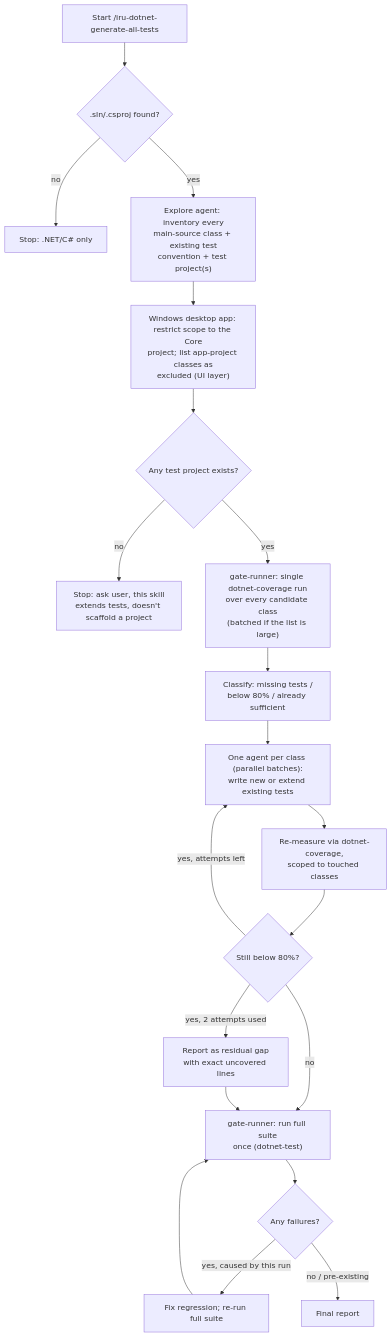
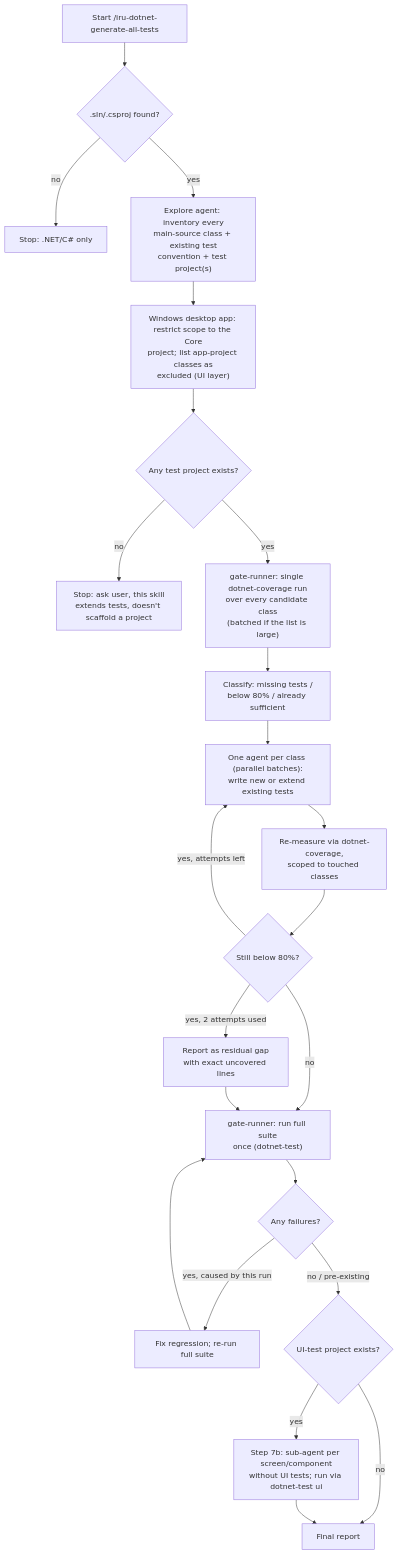
The diagram in docs/modules/ROOT/pages/skills/iru-dotnet-generate-all-tests.adoc (albertoirurueta/ai-catalog), drawn with Mermaid before and after one commit. The commit also changed other lines of this file and 325 other files, not shown here.

```diff
--- a/docs/modules/ROOT/pages/skills/iru-dotnet-generate-all-tests.adoc
+++ b/docs/modules/ROOT/pages/skills/iru-dotnet-generate-all-tests.adoc
@@ -59,23 +73,26 @@
 [mermaid]
 ....
 flowchart TD
     A[Start /iru-dotnet-generate-all-tests] --> B{".sln/.csproj found?"}
     B -- no --> B1[Stop: .NET/C# only]
     B -- yes --> C["Explore agent: inventory every\nmain-source class + existing test\nconvention + test project(s)"]
     C --> C2["Windows desktop app: restrict scope to the Core\nproject; list app-project classes as\nexcluded (UI layer)"]
     C2 --> D{"Any test project exists?"}
     D -- no --> D1[Stop: ask user, this skill\nextends tests, doesn't scaffold a project]
     D -- yes --> E["gate-runner: single dotnet-coverage run\nover every candidate class\n(batched if the list is large)"]
     E --> F["Classify: missing tests /\nbelow 80% / already sufficient"]
     F --> G["One agent per class (parallel batches):\nwrite new or extend existing tests"]
     G --> H["Re-measure via dotnet-coverage,\nscoped to touched classes"]
     H --> I{"Still below 80%?"}
     I -- yes, attempts left --> G
     I -- yes, 2 attempts used --> J[Report as residual gap\nwith exact uncovered lines]
     I -- no --> K["gate-runner: run full suite\nonce (dotnet-test)"]
     J --> K
     K --> L{"Any failures?"}
     L -- yes, caused by this run --> M[Fix regression; re-run full suite]
     M --> K
-    L -- no / pre-existing --> N[Final report]
+    L -- no / pre-existing --> L2{"UI-test project exists?"}
+    L2 -- yes --> L3["Step 7b: sub-agent per screen/component\nwithout UI tests; run via dotnet-test ui"]
+    L2 -- no --> N[Final report]
+    L3 --> N
 ....
```
